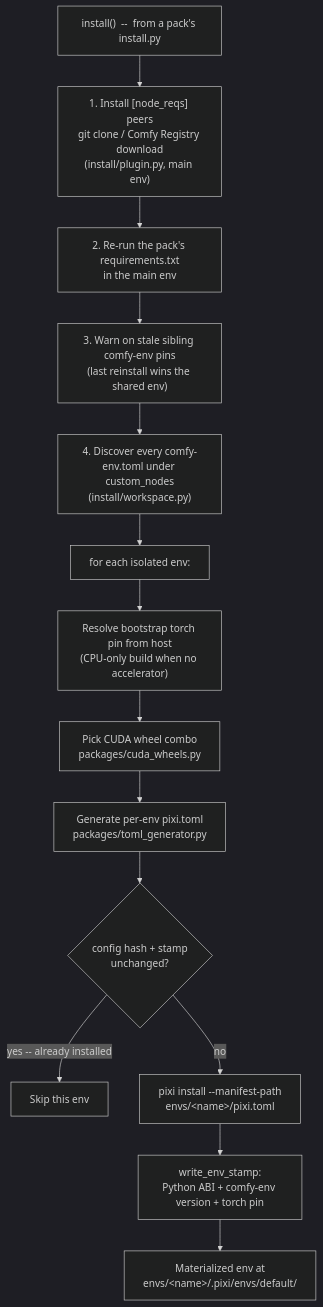
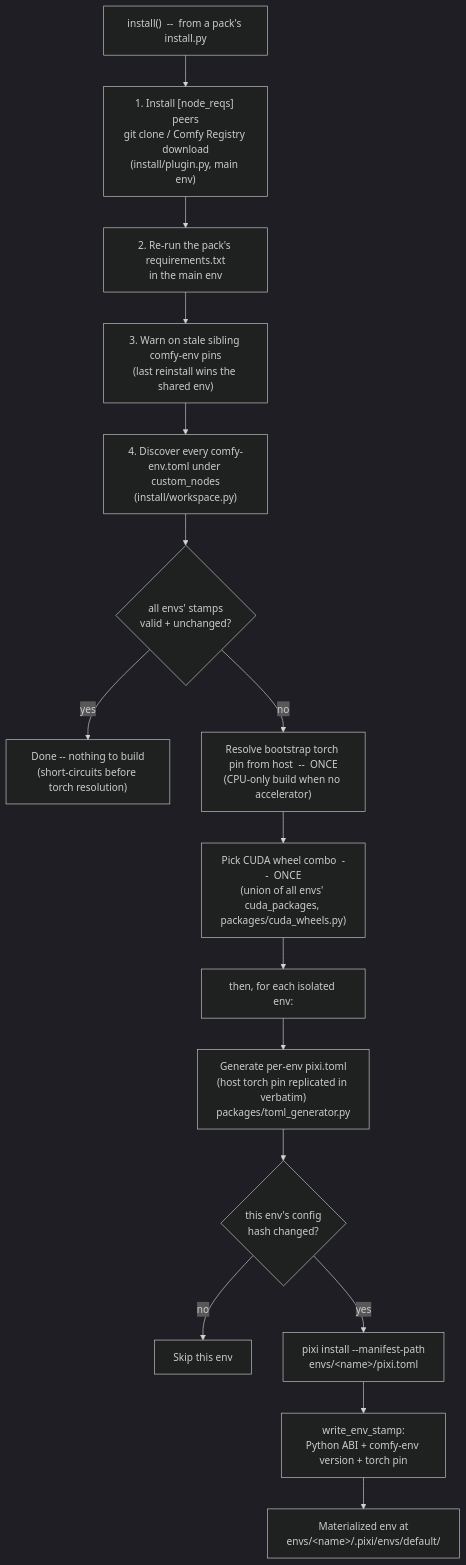
One commit to Comfy-Forge/comfy-forge-docs changed the third of 4 diagrams in docs/comfy-env/index.md. Above: the diagram before and after it, drawn with Mermaid (dark theme). The commit also changed other lines of this file, not shown here.

Commit message:
docs: fix install() diagram -- torch pin + CUDA combo resolved ONCE, not per env
Corrected against install_workspace: the bootstrap torch pin and CUDA
wheel combo are resolved a single time for the whole workspace (the pin is
then replicated verbatim into every env manifest -- ADR-0007), not N times
for N envs. Also surfaced the real workspace-level short-circuit: all env
stamps are checked first and the run stops before torch resolution if
everything is up to date; only generate->hash->install loops per env.

````diff
--- a/docs/comfy-env/index.md
+++ b/docs/comfy-env/index.md
@@ -437,17 +437,19 @@
 ```mermaid
 flowchart TD
     entry["install()  --  from a pack's install.py"]
     entry --> plugin["1. Install [node_reqs] peers<br/>git clone / Comfy Registry download<br/>(install/plugin.py, main env)"]
     plugin --> reqs["2. Re-run the pack's requirements.txt<br/>in the main env"]
     reqs --> warn["3. Warn on stale sibling comfy-env pins<br/>(last reinstall wins the shared env)"]
     warn --> discover["4. Discover every comfy-env.toml under custom_nodes<br/>(install/workspace.py)"]
-    discover --> perenv["for each isolated env:"]
-    perenv --> torchpin["Resolve bootstrap torch pin from host<br/>(CPU-only build when no accelerator)"]
-    torchpin --> combo["Pick CUDA wheel combo<br/>packages/cuda_wheels.py"]
-    combo --> gen["Generate per-env pixi.toml<br/>packages/toml_generator.py"]
-    gen --> hash{"config hash + stamp<br/>unchanged?"}
-    hash -->|"yes -- already installed"| skip["Skip this env"]
-    hash -->|"no"| pinstall["pixi install --manifest-path<br/>envs/&lt;name&gt;/pixi.toml"]
+    discover --> allstamps{"all envs' stamps<br/>valid + unchanged?"}
+    allstamps -->|"yes"| skipall["Done -- nothing to build<br/>(short-circuits before torch resolution)"]
+    allstamps -->|"no"| torchpin["Resolve bootstrap torch pin from host  --  ONCE<br/>(CPU-only build when no accelerator)"]
+    torchpin --> combo["Pick CUDA wheel combo  --  ONCE<br/>(union of all envs' cuda_packages, packages/cuda_wheels.py)"]
+    combo --> perenv["then, for each isolated env:"]
+    perenv --> gen["Generate per-env pixi.toml<br/>(host torch pin replicated in verbatim)<br/>packages/toml_generator.py"]
+    gen --> hash{"this env's config<br/>hash changed?"}
+    hash -->|"no"| skip["Skip this env"]
+    hash -->|"yes"| pinstall["pixi install --manifest-path<br/>envs/&lt;name&gt;/pixi.toml"]
     pinstall --> stamp["write_env_stamp:<br/>Python ABI + comfy-env version + torch pin"]
     stamp --> done["Materialized env at<br/>envs/&lt;name&gt;/.pixi/envs/default/"]
 ```
````
